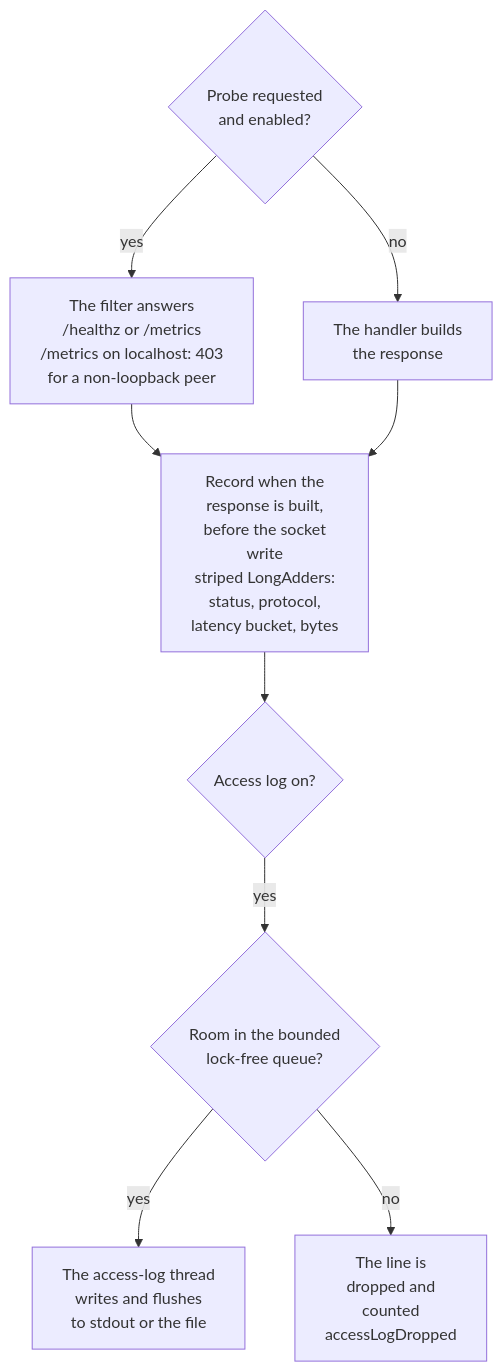
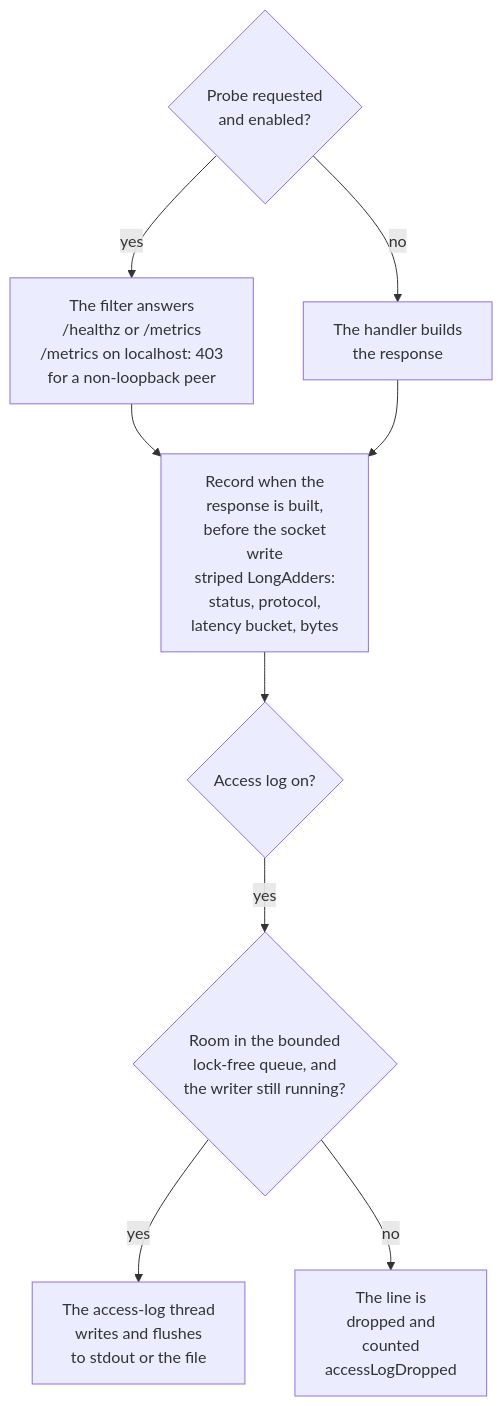
The diagram in docs/operations/observability.md (BlivionIaG/sjws_nettask), drawn with Mermaid before and after one commit. The commit also changed 4 other files, not shown here.

First line of the commit message:
docs: reload, startup, daemon and console diagrams follow the code

````diff
--- a/docs/operations/observability.md
+++ b/docs/operations/observability.md
@@ -40,11 +40,11 @@
 ```mermaid
 flowchart TD
     pr{"Probe requested<br/>and enabled?"} -->|yes| probe["The filter answers<br/>/healthz or /metrics<br/>/metrics on localhost: 403<br/>for a non-loopback peer"]
     pr -->|no| h["The handler builds<br/>the response"]
     probe --> rec
     h --> rec["Record when the<br/>response is built,<br/>before the socket<br/>write<br/>striped LongAdders:<br/>status, protocol,<br/>latency bucket, bytes"]
     rec --> lg{"Access log on?"}
-    lg -->|yes| q{"Room in the bounded<br/>lock-free queue?"}
+    lg -->|yes| q{"Room in the bounded<br/>lock-free queue, and<br/>the writer still running?"}
     q -->|yes| th["The access-log thread<br/>writes and flushes<br/>to stdout or the file"]
     q -->|no| dr["The line is<br/>dropped and<br/>counted<br/>accessLogDropped"]
 ```
````
